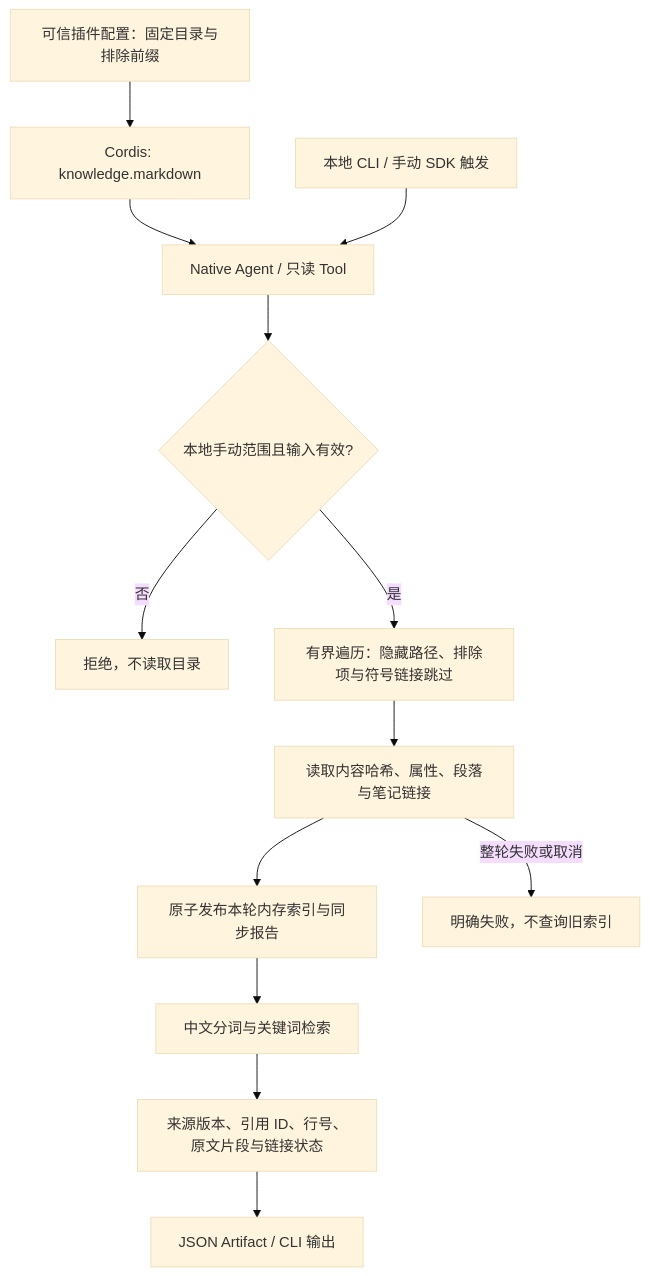
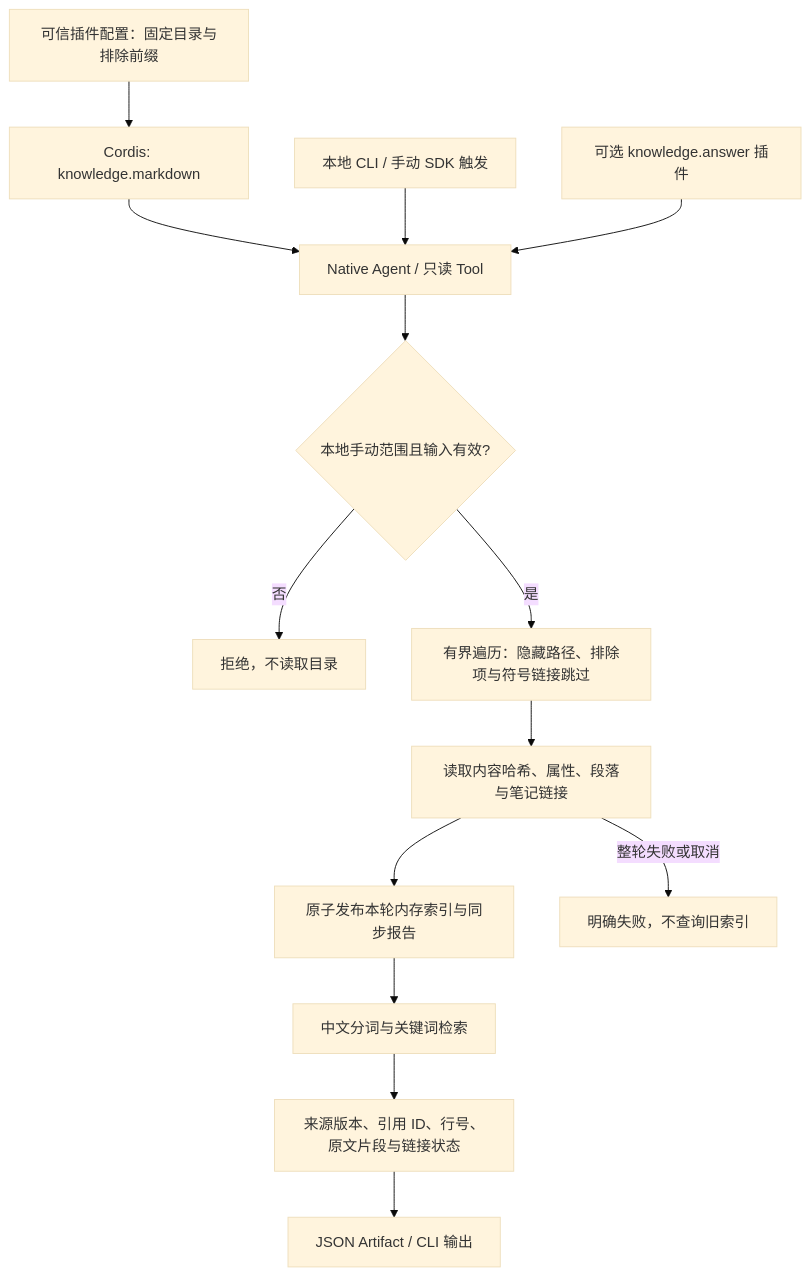
One commit to KlayPeter/AI-Delivery-Ops-Agent changed the diagram in backend/src/knowledge/markdown/FEATURE.md. Above: the diagram before and after it, drawn with Mermaid (base theme). The commit also changed other lines of this file and 26 other files, not shown here.

Commit message:
feat: add evidence-checked personal knowledge RAG answers

````diff
--- a/backend/src/knowledge/markdown/FEATURE.md
+++ b/backend/src/knowledge/markdown/FEATURE.md
@@ -22,15 +22,16 @@
 ```mermaid
 flowchart TD
     C[可信插件配置：固定目录与排除前缀] --> P[Cordis: knowledge.markdown]
     P --> N[Native Agent / 只读 Tool]
     CLI[本地 CLI / 手动 SDK 触发] --> N
+    RAG[可选 knowledge.answer 插件] --> N
     N --> S{本地手动范围且输入有效?}
     S -- 否 --> X[拒绝，不读取目录]
     S -- 是 --> W[有界遍历：隐藏路径、排除项与符号链接跳过]
     W --> V[读取内容哈希、属性、段落与笔记链接]
     V --> I[原子发布本轮内存索引与同步报告]
     V -- 整轮失败或取消 --> F[明确失败，不查询旧索引]
     I --> Q[中文分词与关键词检索]
     Q --> E[来源版本、引用 ID、行号、原文片段与链接状态]
     E --> A[JSON Artifact / CLI 输出]
 ```
````
